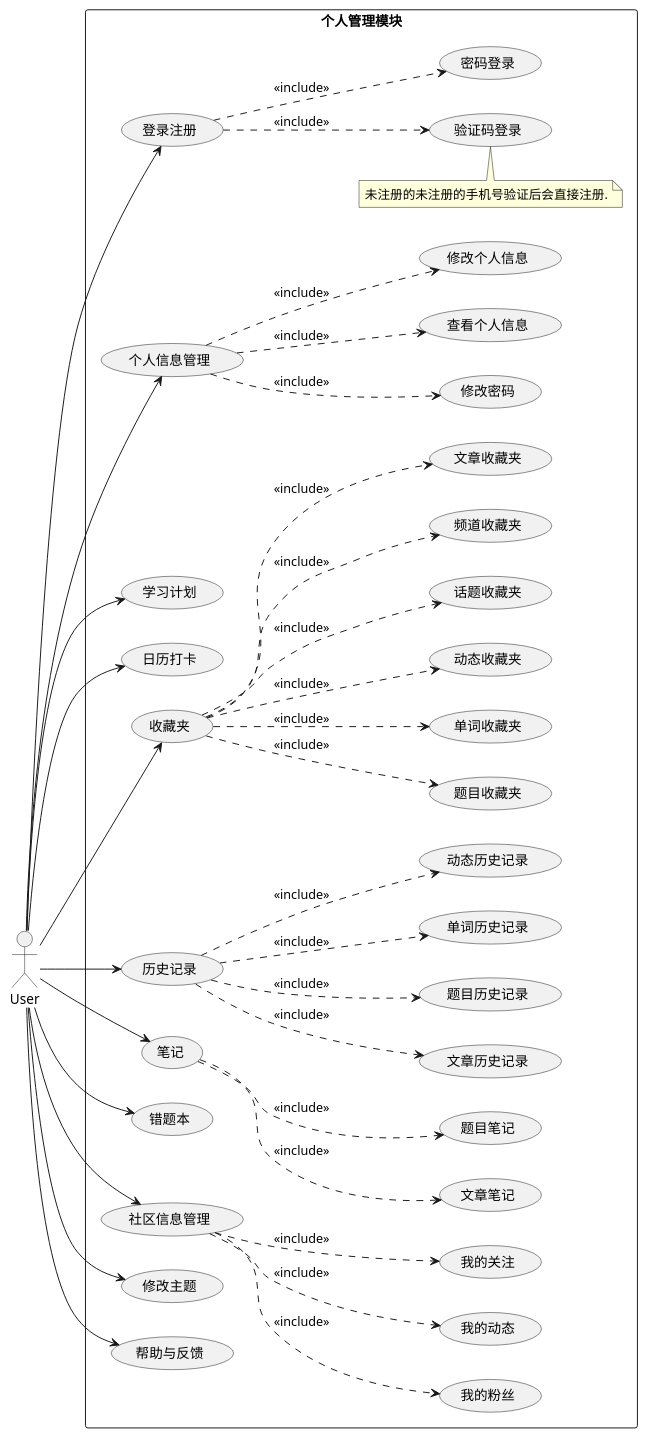
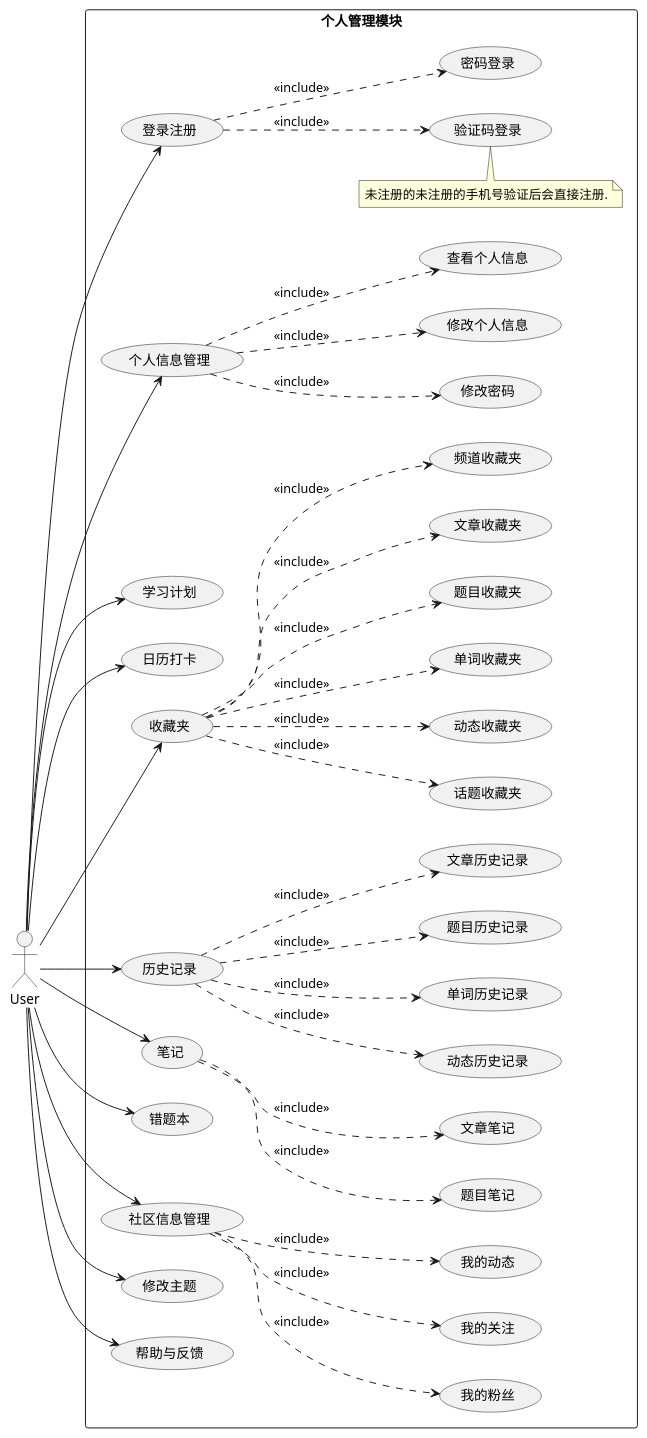
One commit to zhaoxiao698/ZhiYing-server changed the diagram in src/main/java/com/zhaoxiao/uml/user/mine.puml. Above: the diagram before and after it, drawn with PlantUML. The commit also changed other lines of this file and 16 other files, not shown here.

```diff
--- a/src/main/java/com/zhaoxiao/uml/user/mine.puml
+++ b/src/main/java/com/zhaoxiao/uml/user/mine.puml
@@ -1,39 +1,39 @@
 @startuml
 left to right direction
 skinparam packageStyle rectangle
 actor User
 rectangle 个人管理模块 {
   User --> (登录注册)
   (登录注册) ..> (验证码登录) : <<include>>
   note top of (验证码登录) : 未注册的未注册的手机号验证后会直接注册.
   (登录注册) ..> (密码登录) : <<include>>
   User --> (个人信息管理)
+  (个人信息管理) ..> (修改个人信息) : <<include>>
   (个人信息管理) ..> (查看个人信息) : <<include>>
-  (个人信息管理) ..> (修改个人信息) : <<include>>
   (个人信息管理) ..> (修改密码) : <<include>>
   User --> (学习计划)
   User --> (日历打卡)
   User --> (收藏夹)
+  (收藏夹) ..> (文章收藏夹) : <<include>>
   (收藏夹) ..> (频道收藏夹) : <<include>>
-  (收藏夹) ..> (文章收藏夹) : <<include>>
+  (收藏夹) ..> (话题收藏夹) : <<include>>
+  (收藏夹) ..> (动态收藏夹) : <<include>>
+  (收藏夹) ..> (单词收藏夹) : <<include>>
   (收藏夹) ..> (题目收藏夹) : <<include>>
-  (收藏夹) ..> (单词收藏夹) : <<include>>
-  (收藏夹) ..> (动态收藏夹) : <<include>>
-  (收藏夹) ..> (话题收藏夹) : <<include>>
   User --> (历史记录)
+  (历史记录) ..> (动态历史记录) : <<include>>
+  (历史记录) ..> (单词历史记录) : <<include>>
+  (历史记录) ..> (题目历史记录) : <<include>>
   (历史记录) ..> (文章历史记录) : <<include>>
-  (历史记录) ..> (题目历史记录) : <<include>>
-  (历史记录) ..> (单词历史记录) : <<include>>
-  (历史记录) ..> (动态历史记录) : <<include>>
   User --> (笔记)
+  (笔记) ..> (题目笔记) : <<include>>
   (笔记) ..> (文章笔记) : <<include>>
-  (笔记) ..> (题目笔记) : <<include>>
   User --> (错题本)
   User --> (社区信息管理)
+  (社区信息管理) ..> (我的关注) : <<include>>
   (社区信息管理) ..> (我的动态) : <<include>>
-  (社区信息管理) ..> (我的关注) : <<include>>
   (社区信息管理) ..> (我的粉丝) : <<include>>
   User --> (修改主题)
   User --> (帮助与反馈)
 }
 @enduml
```
